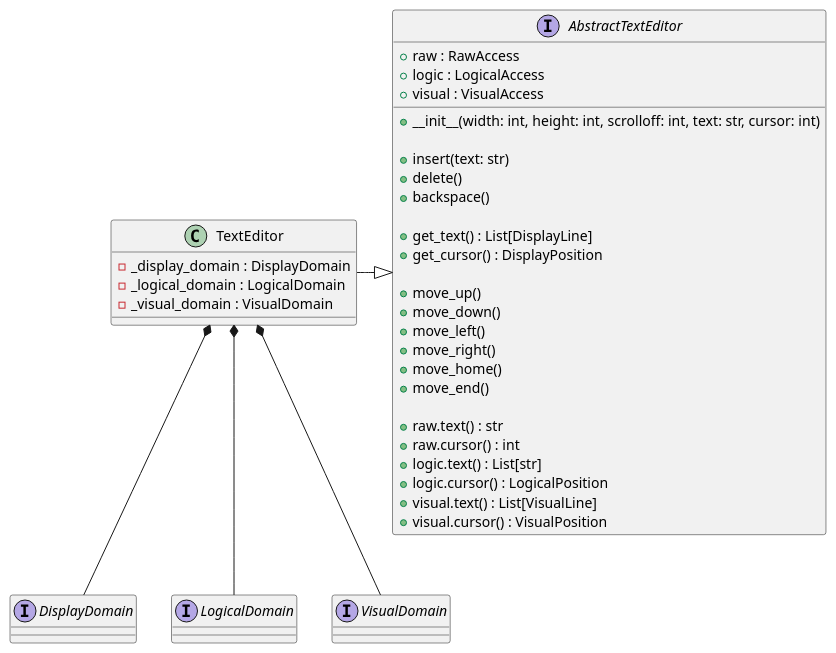
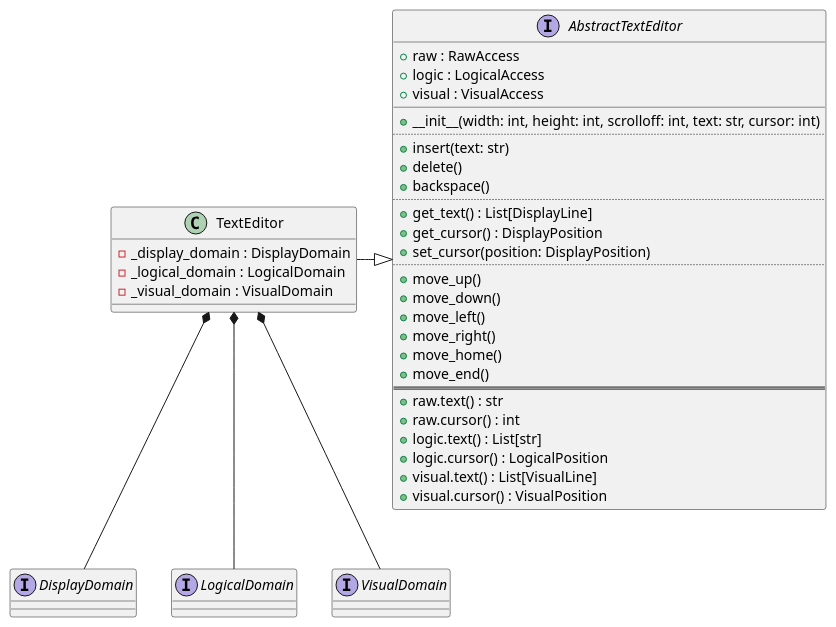
One commit to JoeRittiner/TextEngine changed the diagram in docs/source/specs/architecture/diagrams/class-facade.puml. Above: the diagram before and after it, drawn with PlantUML. The commit also changed 4 other files, not shown here.

First line of the commit message:
doc: Remove `home` and `end` commands from Cursor State

```diff
--- a/docs/source/specs/architecture/diagrams/class-facade.puml
+++ b/docs/source/specs/architecture/diagrams/class-facade.puml
@@ -1,53 +1,54 @@
 @startuml
 
 interface AbstractTextEditor {
-    + raw : RawAccess
-    + logic : LogicalAccess
-    + visual : VisualAccess
-
-    + __init__(width: int, height: int, scrolloff: int, text: str, cursor: int)
-
-    + insert(text: str)
-    + delete()
-    + backspace()
-
-    + get_text() : List[DisplayLine]
+    +raw : RawAccess
+    +logic : LogicalAccess
+    +visual : VisualAccess
+    __
+    +__init__(width: int, height: int, scrolloff: int, text: str, cursor: int)
+    ..
+    +insert(text: str)
+    +delete()
+    +backspace()
+    ..
+    +get_text() : List[DisplayLine]
     ' DisplayLine contains text and corresponding Logical Line index
-    + get_cursor() : DisplayPosition
+    +get_cursor() : DisplayPosition
     ' [x, y]
-
-    + move_up()
-    + move_down()
-    + move_left()
-    + move_right()
-    + move_home()
-    + move_end()
-
-    + raw.text() : str
-    + raw.cursor() : int
-    + logic.text() : List[str]
-    + logic.cursor() : LogicalPosition
-    + visual.text() : List[VisualLine]
-    + visual.cursor() : VisualPosition
+    +set_cursor(position: DisplayPosition)
+    ..
+    +move_up()
+    +move_down()
+    +move_left()
+    +move_right()
+    +move_home()
+    +move_end()
+    ==
+    +raw.text() : str
+    +raw.cursor() : int
+    +logic.text() : List[str]
+    +logic.cursor() : LogicalPosition
+    +visual.text() : List[VisualLine]
+    +visual.cursor() : VisualPosition
 }
 
 
 class TextEditor {
-    - _display_domain : DisplayDomain
-    - _logical_domain : LogicalDomain
-    - _visual_domain : VisualDomain
+    -_display_domain : DisplayDomain
+    -_logical_domain : LogicalDomain
+    -_visual_domain : VisualDomain
 }
 
 interface DisplayDomain
 interface LogicalDomain
 interface VisualDomain
 
 ' ----
 
 TextEditor -|> AbstractTextEditor
 
 TextEditor *-- LogicalDomain
 TextEditor *-- VisualDomain
 TextEditor *-- DisplayDomain
 
 @enduml
```
